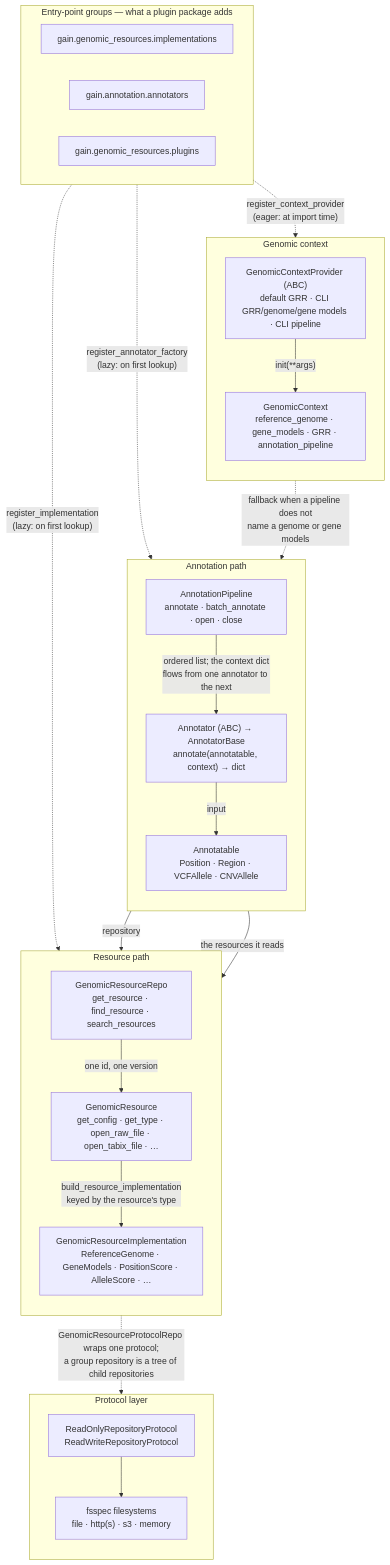
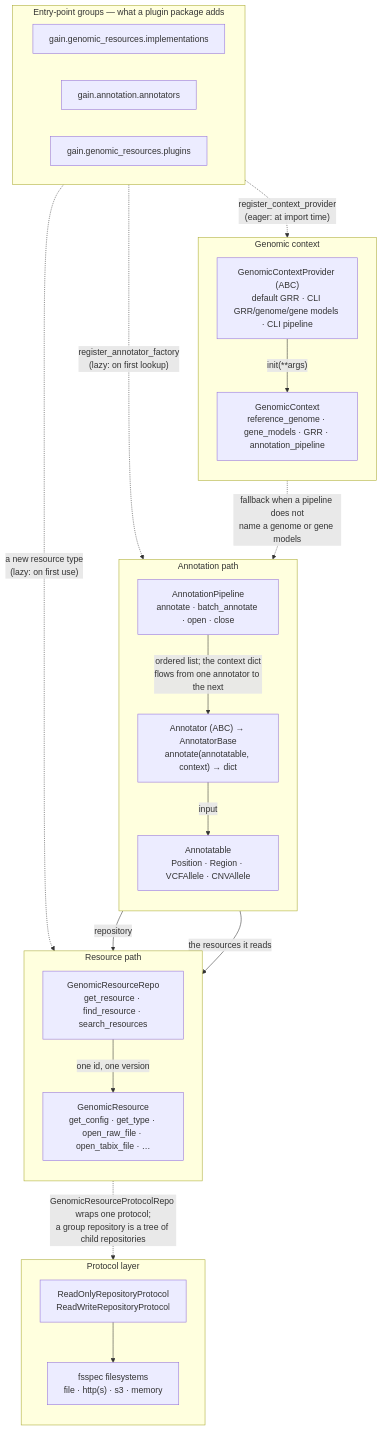
Before and after one commit to iossifovlab/gain: the diagram in docs/source/development/architecture_overview.rst, drawn with Mermaid. The commit also changed other lines of this file, not shown here.

First line of the commit message:
Drop the resource implementations from the introductory map #1142

```diff
--- a/docs/source/development/architecture_overview.rst
+++ b/docs/source/development/architecture_overview.rst
@@ -33,48 +36,46 @@
 .. mermaid::
 
    flowchart TB
        subgraph resources["Resource path"]
            direction TB
            Repo["GenomicResourceRepo<br/>get_resource · find_resource · search_resources"]
            Res["GenomicResource<br/>get_config · get_type · open_raw_file · open_tabix_file · …"]
-           Impl["GenomicResourceImplementation<br/>ReferenceGenome · GeneModels · PositionScore · AlleleScore · …"]
            Repo -->|"one id, one version"| Res
-           Res -->|"build_resource_implementation<br/>keyed by the resource's type"| Impl
        end
 
        subgraph protocol["Protocol layer"]
            direction TB
            Proto["ReadOnlyRepositoryProtocol<br/>ReadWriteRepositoryProtocol"]
            Fs["fsspec filesystems<br/>file · http(s) · s3 · memory"]
            Proto --> Fs
        end
        Repo -. "GenomicResourceProtocolRepo wraps one protocol;<br/>a group repository is a tree of child repositories" .-> Proto
 
        subgraph annotation["Annotation path"]
            direction TB
            Pipe["AnnotationPipeline<br/>annotate · batch_annotate · open · close"]
            Ann["Annotator (ABC) → AnnotatorBase<br/>annotate(annotatable, context) → dict"]
            Atbl["Annotatable<br/>Position · Region · VCFAllele · CNVAllele"]
            Pipe -->|"ordered list; the context dict<br/>flows from one annotator to the next"| Ann
            Ann -->|"input"| Atbl
        end
        Pipe -->|"repository"| Repo
-       Ann -->|"the resources it reads"| Impl
+       Ann -->|"the resources it reads"| Res
 
        subgraph ctx["Genomic context"]
            direction TB
            Prov["GenomicContextProvider (ABC)<br/>default GRR · CLI GRR/genome/gene models · CLI pipeline"]
            Ctx["GenomicContext<br/>reference_genome · gene_models · GRR · annotation_pipeline"]
            Prov -->|"init(**args)"| Ctx
        end
        Ctx -. "fallback when a pipeline does not<br/>name a genome or gene models" .-> Ann
 
        subgraph ep["Entry-point groups — what a plugin package adds"]
            direction LR
            EP1["gain.genomic_resources.implementations"]
            EP2["gain.annotation.annotators"]
            EP3["gain.genomic_resources.plugins"]
        end
-       EP1 -.->|"register_implementation<br/>(lazy: on first lookup)"| Impl
+       EP1 -.->|"a new resource type<br/>(lazy: on first use)"| resources
        EP2 -.->|"register_annotator_factory<br/>(lazy: on first lookup)"| Ann
        EP3 -.->|"register_context_provider<br/>(eager: at import time)"| Prov
```
